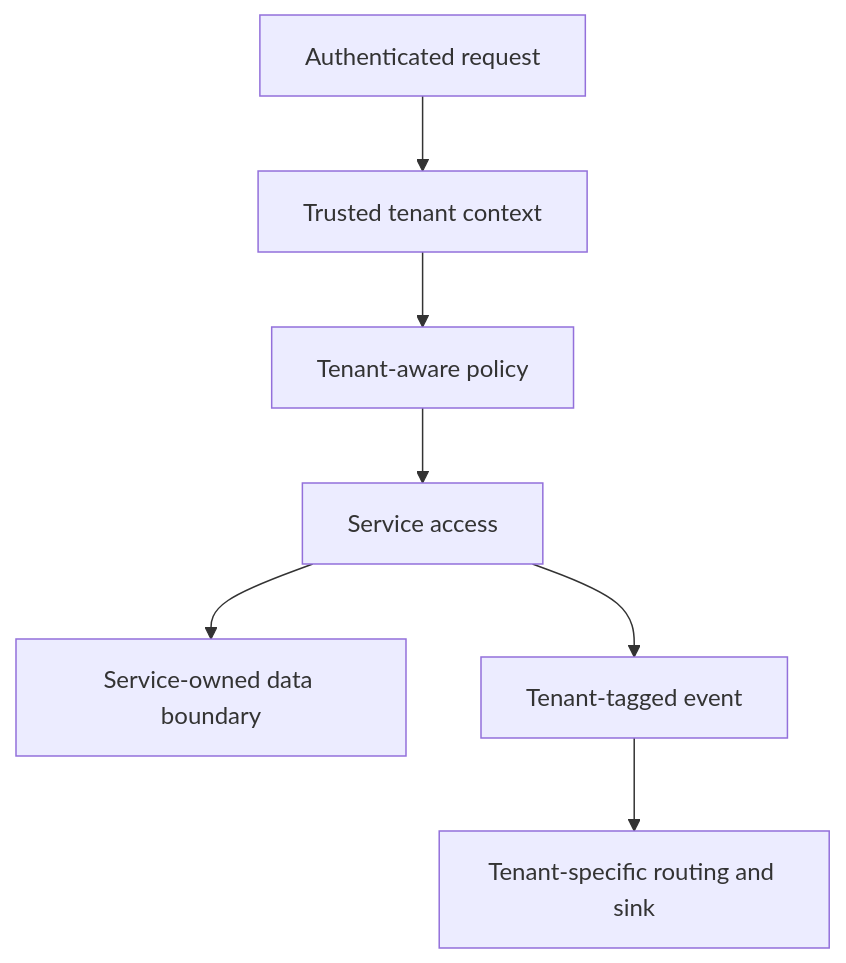
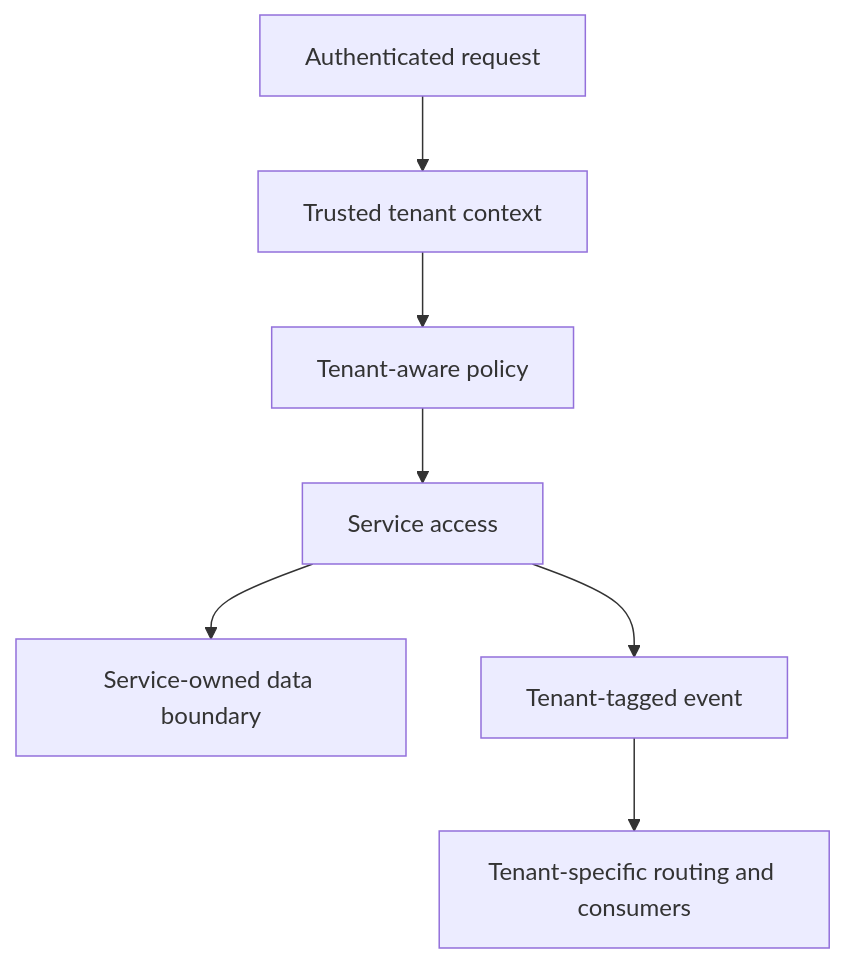
One commit to Labs64/labs64.io-docs changed the diagram in operate-manage/scaling-multi-tenancy.md. Above: the diagram before and after it, drawn with Mermaid. The commit also changed other lines of this file and 3 other files, not shown here.

````diff
--- a/operate-manage/scaling-multi-tenancy.md
+++ b/operate-manage/scaling-multi-tenancy.md
@@ -22,9 +22,9 @@
 ```mermaid
 flowchart TB
   R["Authenticated request"] --> T["Trusted tenant context"]
   T --> P["Tenant-aware policy"]
   P --> S["Service access"]
   S --> D["Service-owned data boundary"]
   S --> E["Tenant-tagged event"]
-  E --> K["Tenant-specific routing and sink"]
+  E --> K["Tenant-specific routing and consumers"]
 ```
````
